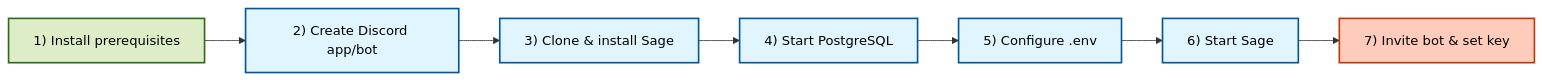
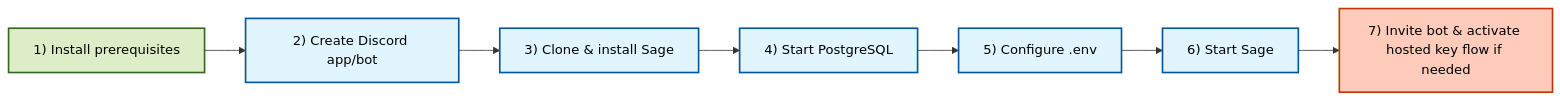
Before and after one commit to BokX1/Sage: the diagram in docs/guides/GETTING_STARTED.md, drawn with Mermaid. The commit also changed other lines of this file and 80 other files, not shown here.

````diff
--- a/docs/guides/GETTING_STARTED.md
+++ b/docs/guides/GETTING_STARTED.md
@@ -52,15 +52,15 @@
 ```mermaid
 flowchart LR
     %% High-level setup checklist for self-hosting.
     classDef start fill:#dcedc8,stroke:#33691e,stroke-width:2px,color:black
     classDef step fill:#e1f5fe,stroke:#01579b,stroke-width:2px,color:black
     classDef endNode fill:#ffccbc,stroke:#bf360c,stroke-width:2px,color:black
 
     S1["1) Install prerequisites"]:::start
       --> S2["2) Create Discord app/bot"]:::step
       --> S3["3) Clone & install Sage"]:::step
       --> S4["4) Start PostgreSQL"]:::step
       --> S5["5) Configure .env"]:::step
       --> S6["6) Start Sage"]:::step
-      --> S7["7) Invite bot & set key"]:::endNode
+      --> S7["7) Invite bot & activate hosted key flow if needed"]:::endNode
 ```
````
